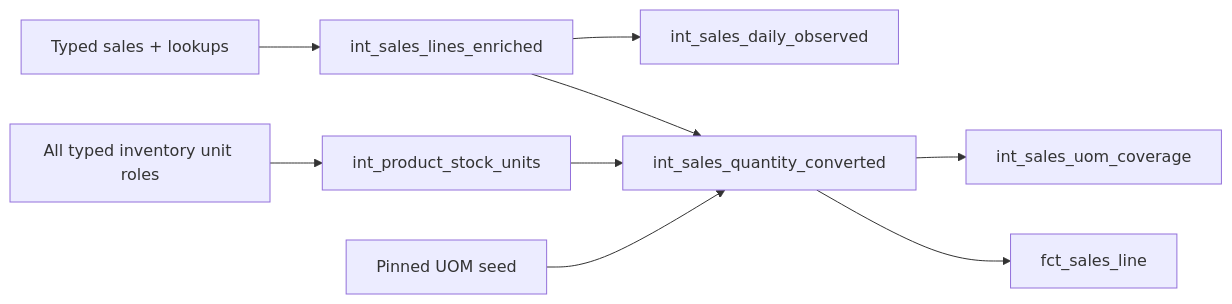
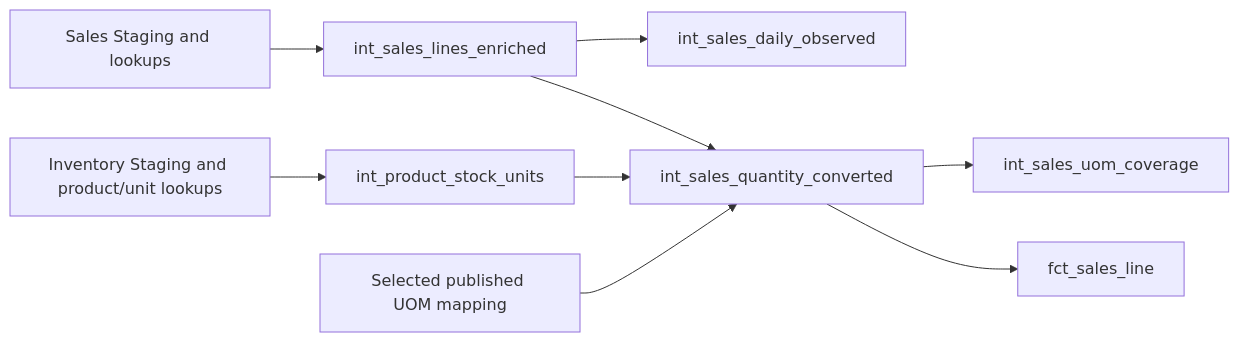
Before and after one commit to ducklemon596/inventory-dw-dss: the diagram in transform/dbt/models/intermediate/sales/README.md, drawn with Mermaid. The commit also changed other lines of this file and 95 other files, not shown here.

````diff
--- a/transform/dbt/models/intermediate/sales/README.md
+++ b/transform/dbt/models/intermediate/sales/README.md
@@ -5,11 +5,11 @@
 ```mermaid
 flowchart LR
-    SL[Typed sales + lookups] --> EN[int_sales_lines_enriched]
-    EN --> DY[int_sales_daily_observed]
-    IM[All typed inventory unit roles] --> SU[int_product_stock_units]
+    ST[Sales Staging and lookups] --> EN[int_sales_lines_enriched]
+    EN --> DAILY[int_sales_daily_observed]
+    INV[Inventory Staging and product/unit lookups] --> STOCK[int_product_stock_units]
     EN --> CV[int_sales_quantity_converted]
-    SU --> CV
-    SEED[Pinned UOM seed] --> CV
-    CV --> CO[int_sales_uom_coverage]
-    CV --> F[fct_sales_line]
+    STOCK --> CV
+    SEED[Selected published UOM mapping] --> CV
+    CV --> COVERAGE[int_sales_uom_coverage]
+    CV --> FACT[fct_sales_line]
 ```
````
